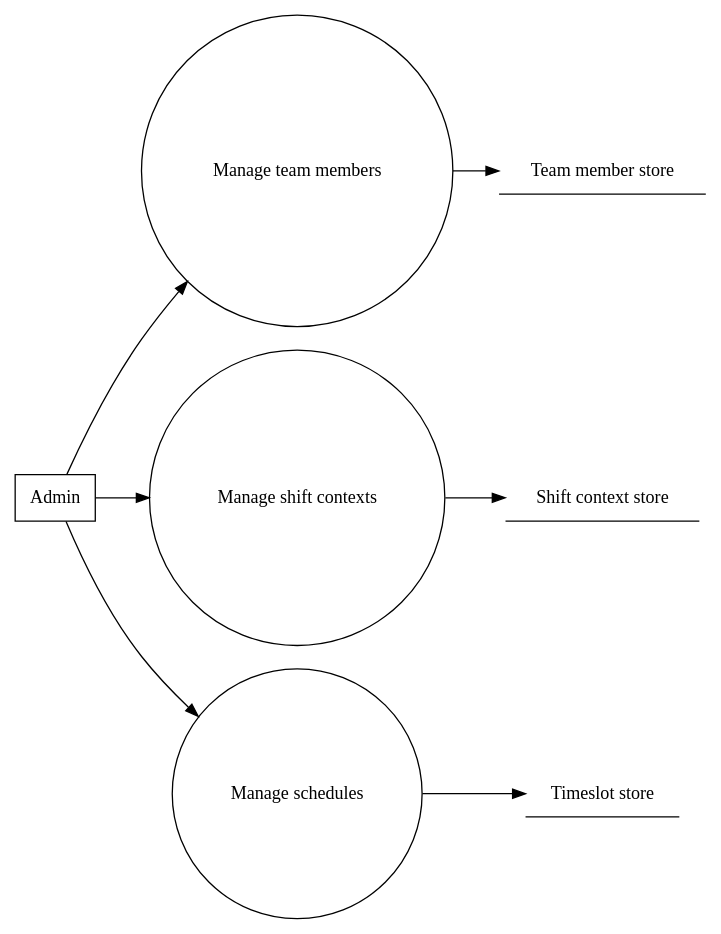
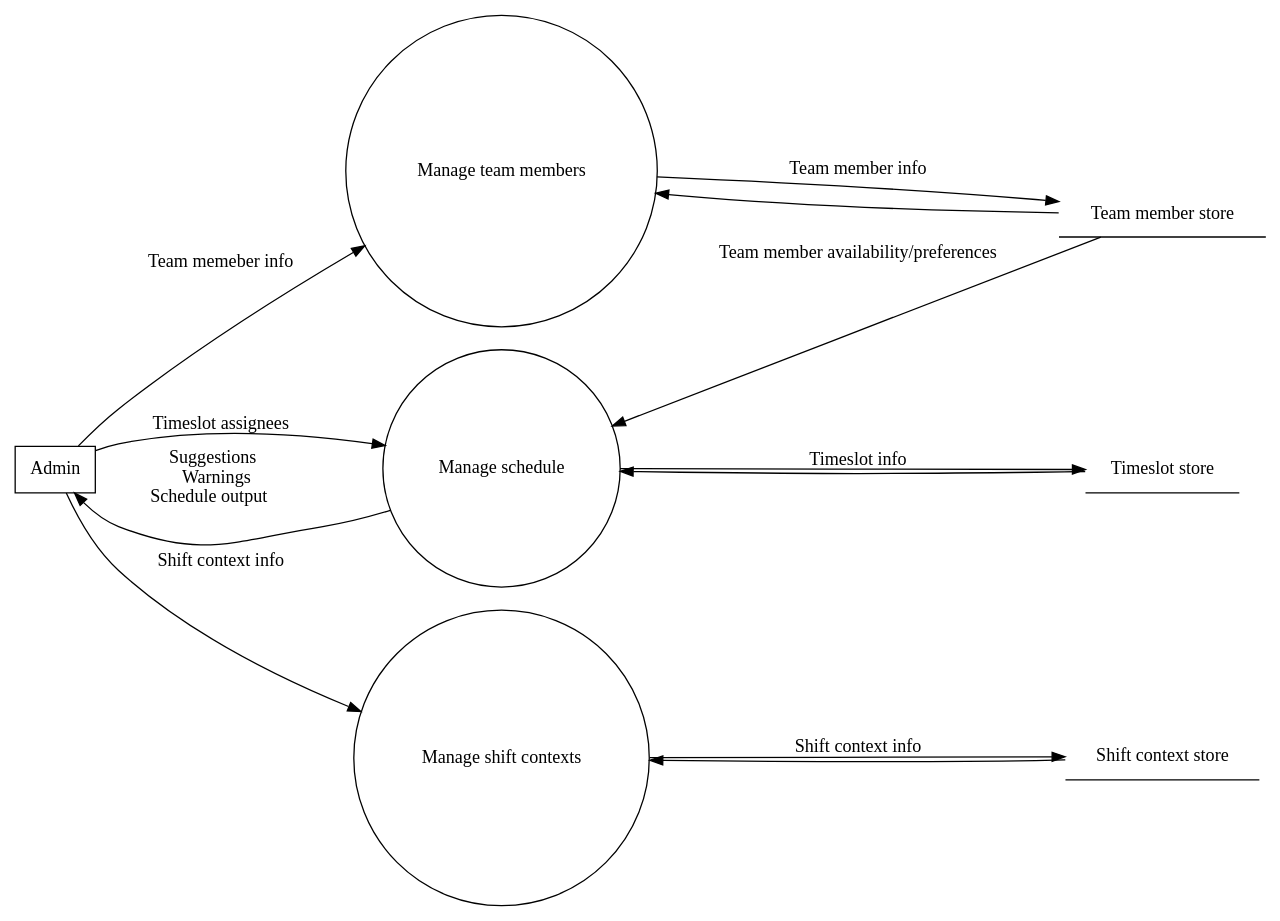
Before and after one commit to luke-hamann/stc-cis-248: the diagram in docs/dfd_level_1.dot, drawn with Graphviz.

```diff
--- a/docs/dfd_level_1.dot
+++ b/docs/dfd_level_1.dot
@@ -1,34 +1,43 @@
 digraph data_flow_diagram {
     rankdir = "LR"
     
     node [ shape = circle ]
     
     Admin [ shape = box ]
     
     subgraph controllers {
         rank = "same"
         
         "Manage team members"
         "Manage shift contexts"
-        "Manage schedules"
+        "Manage schedule"
     }
     
     subgraph data_stores {
         node [ shape = underline ]
         rank = "same"
         
         "Team member store"
         "Shift context store"
         "Timeslot store"
     }
     
-    Admin -> {
-        "Manage team members"
-        "Manage shift contexts"
-        "Manage schedules"
-    }
+    Admin -> "Manage team members" [ label = "Team memeber info" ]
+    Admin -> "Manage shift contexts" [ label = "Shift context info" ]
+    Admin -> "Manage schedule" [ label = "Timeslot assignees" ]
     
-    "Manage team members" -> "Team member store"
-    "Manage shift contexts" -> "Shift context store"
-    "Manage schedules" -> "Timeslot store"
+    "Manage schedule" -> Admin [ label = <
+        Suggestions <br />
+        Warnings <br />
+        Schedule output <br />
+    > ]
+    
+    "Manage team members" -> "Team member store" [ label = "Team member info" ]
+    "Team member store" -> "Manage team members"
+    "Manage shift contexts" -> "Shift context store" [ label = "Shift context info"]
+    "Shift context store" -> "Manage shift contexts"
+    "Manage schedule" -> "Timeslot store" [ label = "Timeslot info" ]
+    "Timeslot store" -> "Manage schedule"
+    
+    "Team member store" -> "Manage schedule"  [ label = "Team member availability/preferences" ]
 }
```
